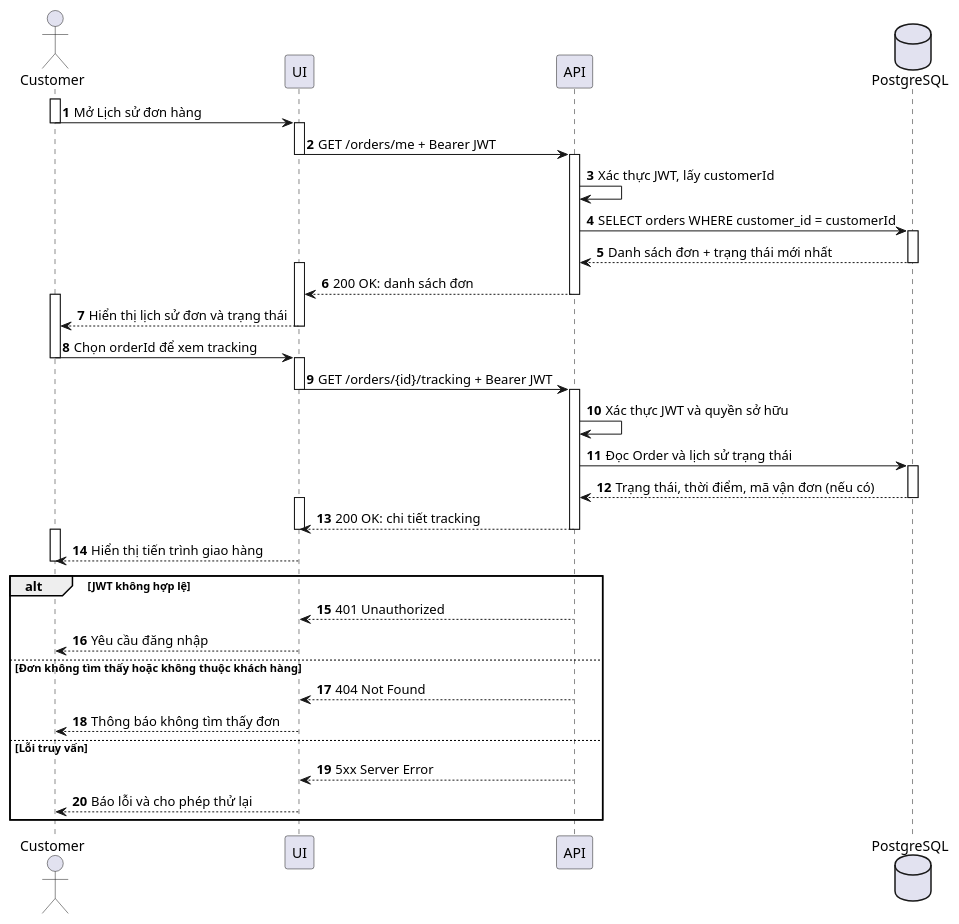
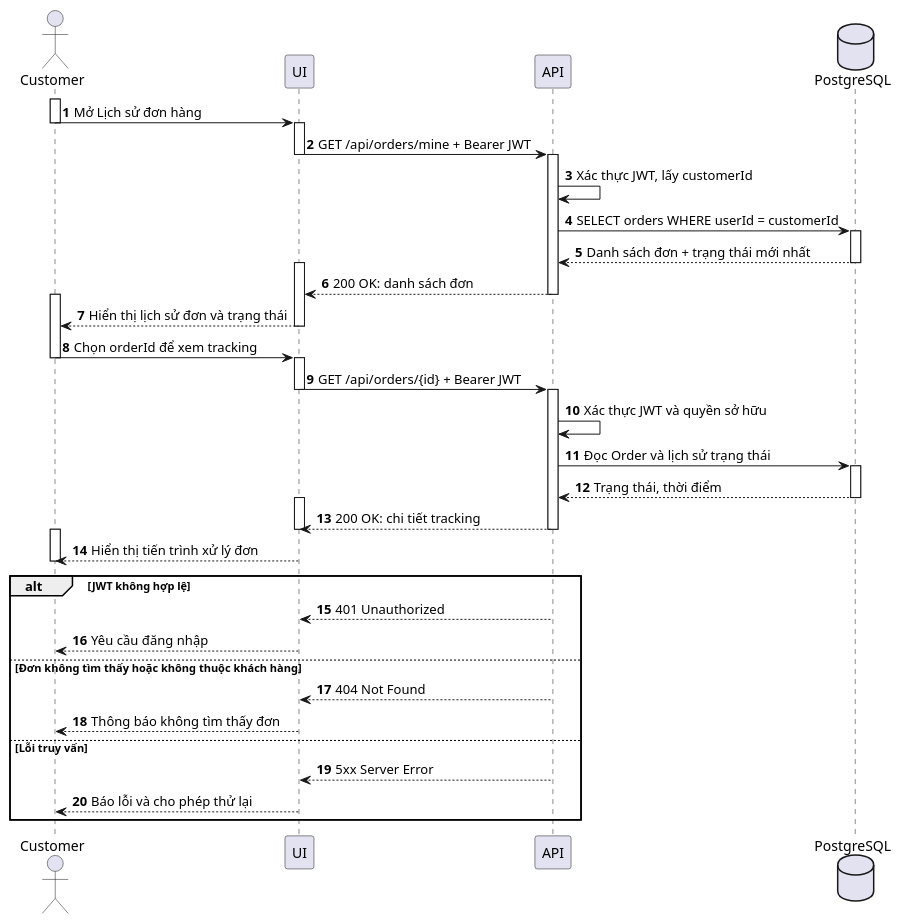
One commit to Myngoc09/assignment2_brewlite changed the diagram in docs/diagrams/sequence-ordertracking.puml. Above: the diagram before and after it, drawn with PlantUML. The commit also changed 48 other files, not shown here.

```diff
--- a/docs/diagrams/sequence-ordertracking.puml
+++ b/docs/diagrams/sequence-ordertracking.puml
@@ -1,53 +1,53 @@
-@startuml BrewLite-Sequence-OrderTracking
+@startuml
 autonumber
 actor Customer
 participant "UI" as UI
 participant "API" as API
 database PostgreSQL as DB
 activate Customer
 Customer -> UI: Mở Lịch sử đơn hàng
 deactivate Customer
 activate UI
-UI -> API: GET /orders/me + Bearer JWT
+UI -> API: GET /api/orders/mine + Bearer JWT
 deactivate UI
 activate API
 API -> API: Xác thực JWT, lấy customerId
-API -> DB: SELECT orders WHERE customer_id = customerId
+API -> DB: SELECT orders WHERE userId = customerId
 activate DB
 DB --> API: Danh sách đơn + trạng thái mới nhất
 deactivate DB
 activate UI
 API --> UI: 200 OK: danh sách đơn
  deactivate API
 activate Customer
 UI --> Customer: Hiển thị lịch sử đơn và trạng thái
 deactivate UI
 Customer -> UI: Chọn orderId để xem tracking
 deactivate Customer
 activate UI
-UI -> API: GET /orders/{id}/tracking + Bearer JWT
+UI -> API: GET /api/orders/{id} + Bearer JWT
 deactivate UI
 activate API
 API -> API: Xác thực JWT và quyền sở hữu
 API -> DB: Đọc Order và lịch sử trạng thái
 activate DB
-DB --> API: Trạng thái, thời điểm, mã vận đơn (nếu có)
+DB --> API: Trạng thái, thời điểm
 deactivate DB
 activate UI
 API --> UI: 200 OK: chi tiết tracking
 deactivate UI
 deactivate API
 activate Customer
-UI --> Customer: Hiển thị tiến trình giao hàng
+UI --> Customer: Hiển thị tiến trình xử lý đơn
 deactivate Customer
 alt JWT không hợp lệ
   API --> UI: 401 Unauthorized
   UI --> Customer: Yêu cầu đăng nhập
 else Đơn không tìm thấy hoặc không thuộc khách hàng
   API --> UI: 404 Not Found
   UI --> Customer: Thông báo không tìm thấy đơn
 else Lỗi truy vấn
   API --> UI: 5xx Server Error
   UI --> Customer: Báo lỗi và cho phép thử lại
 end
 @enduml
```
